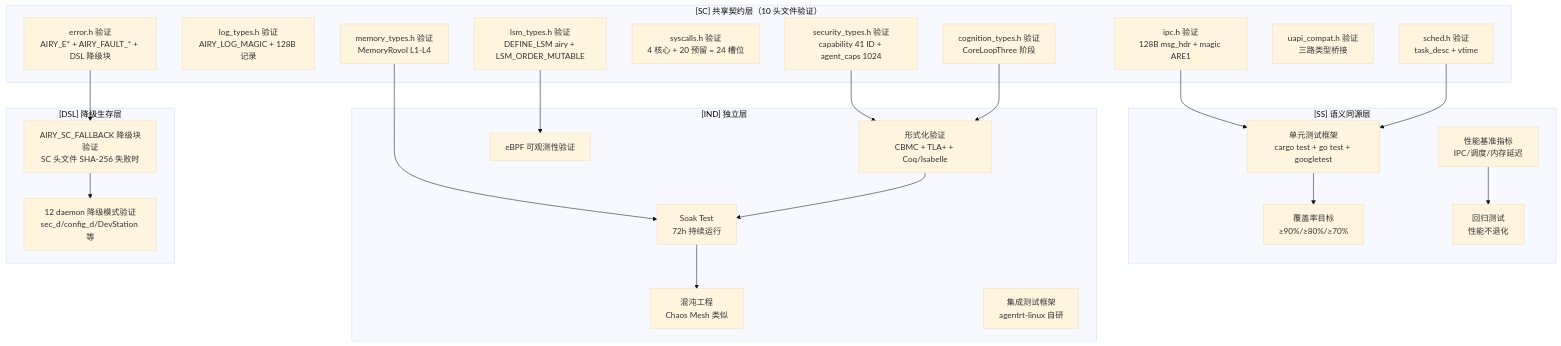
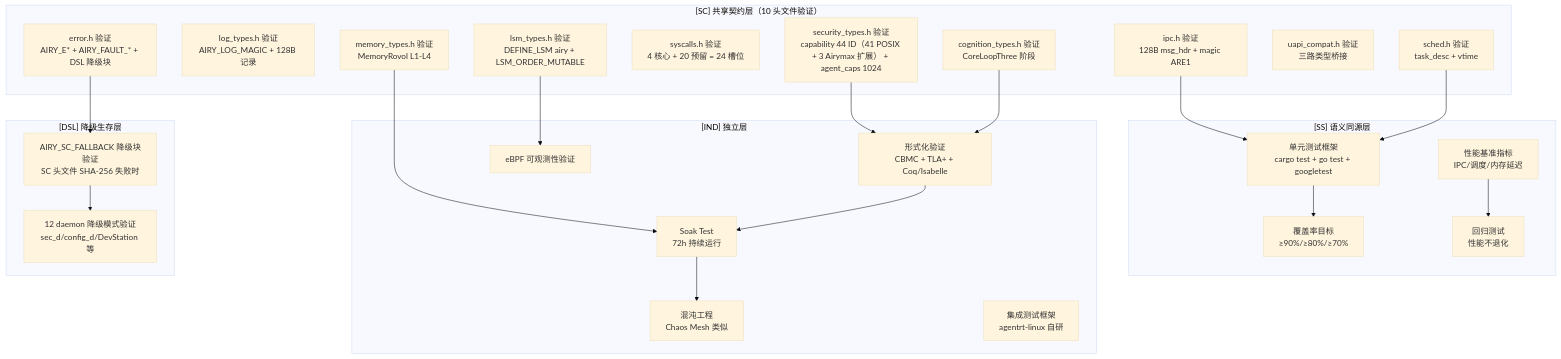
Before and after one commit to openairymax/docs-linux: the second of 2 diagrams in 20-modules/08-tests-linux.md, drawn with Mermaid (base theme). The commit also changed other lines of this file and 44 other files, not shown here.

````diff
--- a/20-modules/08-tests-linux.md
+++ b/20-modules/08-tests-linux.md
@@ -723,44 +723,44 @@
 ```mermaid
 graph TD
     subgraph SC["[SC] 共享契约层（10 头文件验证）"]
         ERR_TEST[error.h 验证<br/>AIRY_E* + AIRY_FAULT_* + DSL 降级块]
         LOG_TEST[log_types.h 验证<br/>AIRY_LOG_MAGIC + 128B 记录]
         IPC_TEST[ipc.h 验证<br/>128B msg_hdr + magic ARE1]
         SCHED_TEST[sched.h 验证<br/>task_desc + vtime]
         SYS_TEST[syscalls.h 验证<br/>4 核心 + 20 预留 = 24 槽位]
         MEM_TEST[memory_types.h 验证<br/>MemoryRovol L1-L4]
-        SEC_TEST[security_types.h 验证<br/>capability 41 ID + agent_caps 1024]
+        SEC_TEST[security_types.h 验证<br/>capability 44 ID（41 POSIX + 3 Airymax 扩展） + agent_caps 1024]
         COG_TEST[cognition_types.h 验证<br/>CoreLoopThree 阶段]
         UAPI_TEST[uapi_compat.h 验证<br/>三路类型桥接]
         LSM_TEST[lsm_types.h 验证<br/>DEFINE_LSM airy + LSM_ORDER_MUTABLE]
     end
     subgraph SS["[SS] 语义同源层"]
         UNIT_FW[单元测试框架<br/>cargo test + go test + googletest]
         BENCH_METRICS[性能基准指标<br/>IPC/调度/内存延迟]
         COVERAGE[覆盖率目标<br/>≥90%/≥80%/≥70%]
         REGRESSION[回归测试<br/>性能不退化]
     end
     subgraph IND["[IND] 独立层"]
         FV[形式化验证<br/>CBMC + TLA+ + Coq/Isabelle]
         SOAK[Soak Test<br/>72h 持续运行]
         CHAOS[混沌工程<br/>Chaos Mesh 类似]
         EBPF_VER[eBPF 可观测性验证]
         ITF[集成测试框架<br/>agentrt-linux 自研]
     end
     subgraph DSL["[DSL] 降级生存层"]
         FALLBACK_SC[AIRY_SC_FALLBACK 降级块验证<br/>SC 头文件 SHA-256 失败时]
         DAEMON_DEGRADE[12 daemon 降级模式验证<br/>sec_d/config_d/DevStation 等]
     end
     IPC_TEST --> UNIT_FW
     SCHED_TEST --> UNIT_FW
     ERR_TEST --> FALLBACK_SC
     LSM_TEST --> EBPF_VER
     MEM_TEST --> SOAK
     SEC_TEST --> FV
     COG_TEST --> FV
     UNIT_FW --> COVERAGE
     BENCH_METRICS --> REGRESSION
     FV --> SOAK
     SOAK --> CHAOS
     FALLBACK_SC --> DAEMON_DEGRADE
 ```
````
